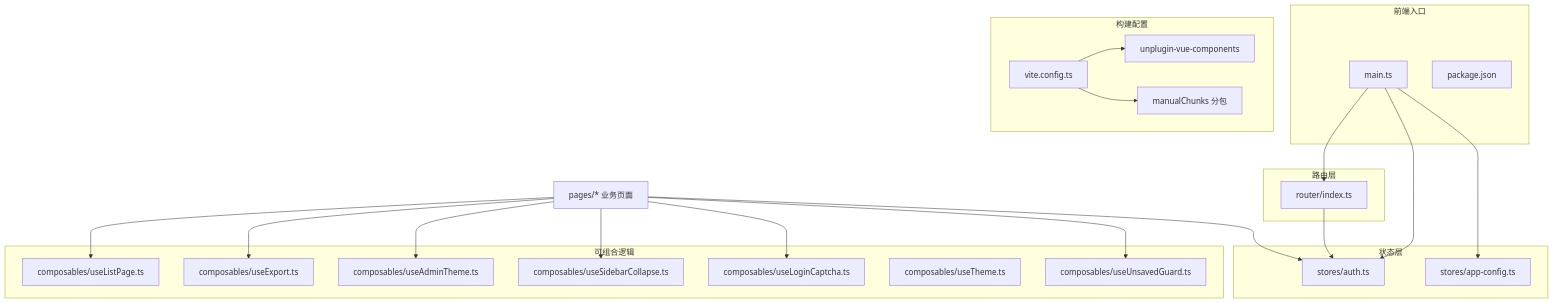
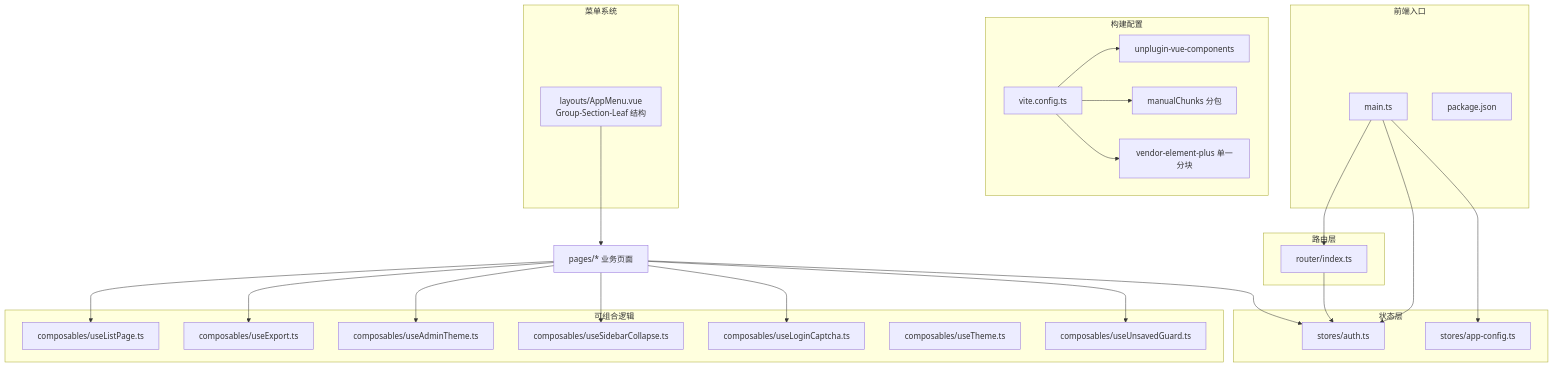
One commit to likele001/cenkor_mes changed the first of 13 diagrams in .qoder/repowiki/zh/content/前端多端架构/PC 管理后台（frontend-admin-pro）.md. Above: the diagram before and after it, drawn with Mermaid. The commit also changed other lines of this file and 307 other files, not shown here.

````diff
--- a/.qoder/repowiki/zh/content/前端多端架构/PC 管理后台（frontend-admin-pro）.md
+++ b/.qoder/repowiki/zh/content/前端多端架构/PC 管理后台（frontend-admin-pro）.md
@@ -55,41 +56,47 @@
 ```mermaid
 graph TB
 subgraph "前端入口"
 main_ts["main.ts"]
 package_json["package.json"]
 end
 subgraph "构建配置"
 vite_config["vite.config.ts"]
 components_plugin["unplugin-vue-components"]
 chunk_splitting["manualChunks 分包"]
+element_plus_chunk["vendor-element-plus 单一分块"]
 end
 subgraph "路由层"
 router_index["router/index.ts"]
 end
 subgraph "状态层"
 store_auth["stores/auth.ts"]
 store_app_config["stores/app-config.ts"]
 end
 subgraph "可组合逻辑"
 comp_list["composables/useListPage.ts"]
 comp_export["composables/useExport.ts"]
 comp_theme_admin["composables/useAdminTheme.ts"]
 comp_sidebar["composables/useSidebarCollapse.ts"]
 comp_captcha["composables/useLoginCaptcha.ts"]
 comp_theme["composables/useTheme.ts"]
 comp_unsaved["composables/useUnsavedGuard.ts"]
 end
+subgraph "菜单系统"
+app_menu["layouts/AppMenu.vue<br/>Group-Section-Leaf 结构"]
+end
 main_ts --> router_index
 main_ts --> store_auth
 main_ts --> store_app_config
 router_index --> store_auth
 pages["pages/* 业务页面"] --> store_auth
 pages --> comp_list
 pages --> comp_export
 pages --> comp_theme_admin
 pages --> comp_sidebar
 pages --> comp_captcha
 pages --> comp_unsaved
 vite_config --> components_plugin
 vite_config --> chunk_splitting
+vite_config --> element_plus_chunk
+app_menu --> pages
 ```
````
